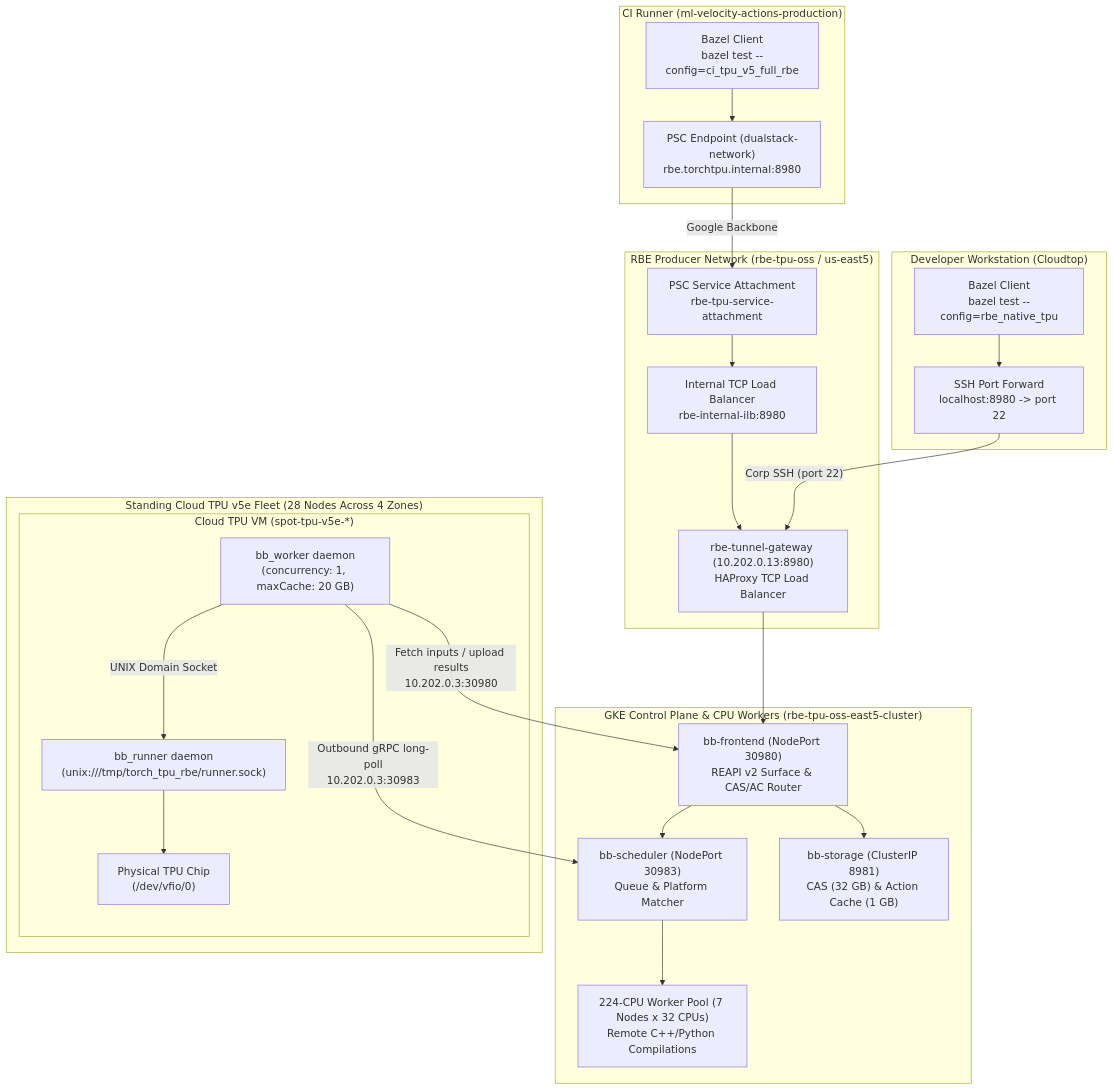
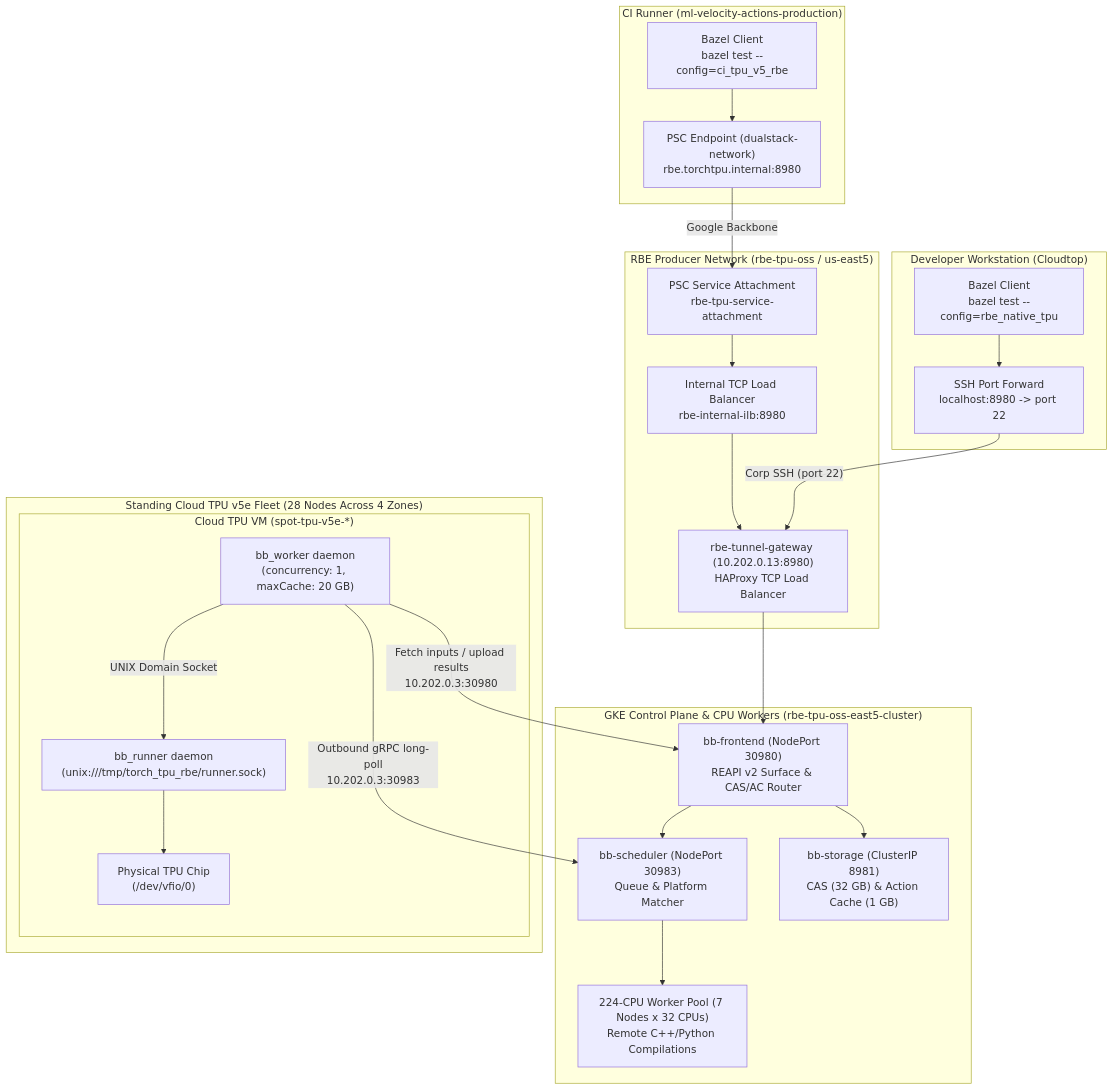
The diagram in docs/NATIVE_RBE_ARCHITECTURE.md (google-pytorch/torch_tpu), drawn with Mermaid before and after one commit. The commit also changed other lines of this file and 3 other files, not shown here.

Commit message:
ci: integrate RBE presubmit into presubmit.yml and rename ci_tpu_v5_rbe

````diff
--- a/docs/NATIVE_RBE_ARCHITECTURE.md
+++ b/docs/NATIVE_RBE_ARCHITECTURE.md
@@ -32,50 +32,50 @@
 ```mermaid
 flowchart TD
     subgraph CIRunner ["CI Runner (ml-velocity-actions-production)"]
-        BazelCI["Bazel Client<br/>bazel test --config=ci_tpu_v5_full_rbe"]
+        BazelCI["Bazel Client<br/>bazel test --config=ci_tpu_v5_rbe"]
         PSCEndpoint["PSC Endpoint (dualstack-network)<br/>rbe.torchtpu.internal:8980"]
         BazelCI --> PSCEndpoint
     end
 
     subgraph DevClient ["Developer Workstation (Cloudtop)"]
         BazelDev["Bazel Client<br/>bazel test --config=rbe_native_tpu"]
         SSHTunnel["SSH Port Forward<br/>localhost:8980 -> port 22"]
         BazelDev --> SSHTunnel
     end
 
     subgraph ProducerVPC ["RBE Producer Network (rbe-tpu-oss / us-east5)"]
         PSCSA["PSC Service Attachment<br/>rbe-tpu-service-attachment"]
         ILB["Internal TCP Load Balancer<br/>rbe-internal-ilb:8980"]
         GW["rbe-tunnel-gateway (10.202.0.13:8980)<br/>HAProxy TCP Load Balancer"]
         
         PSCEndpoint -->|"Google Backbone"| PSCSA
         PSCSA --> ILB
         ILB --> GW
         SSHTunnel -->|"Corp SSH (port 22)"| GW
     end
 
     subgraph ControlPlane ["GKE Control Plane & CPU Workers (rbe-tpu-oss-east5-cluster)"]
         FE["bb-frontend (NodePort 30980)<br/>REAPI v2 Surface & CAS/AC Router"]
         SCHED["bb-scheduler (NodePort 30983)<br/>Queue & Platform Matcher"]
         STOR["bb-storage (ClusterIP 8981)<br/>CAS (32 GB) & Action Cache (1 GB)"]
         CPUWorkers["224-CPU Worker Pool (7 Nodes x 32 CPUs)<br/>Remote C++/Python Compilations"]
 
         GW --> FE
         FE --> SCHED
         FE --> STOR
         SCHED --> CPUWorkers
     end
 
     subgraph Fleet ["Standing Cloud TPU v5e Fleet (28 Nodes Across 4 Zones)"]
         subgraph Node ["Cloud TPU VM (spot-tpu-v5e-*)"]
             Worker["bb_worker daemon<br/>(concurrency: 1, maxCache: 20 GB)"]
             Runner["bb_runner daemon<br/>(unix:///tmp/torch_tpu_rbe/runner.sock)"]
             Hardware["Physical TPU Chip<br/>(/dev/vfio/0)"]
 
             Worker -->|"Outbound gRPC long-poll<br/>10.202.0.3:30983"| SCHED
             Worker -->|"Fetch inputs / upload results<br/>10.202.0.3:30980"| FE
             Worker -->|"UNIX Domain Socket"| Runner
             Runner --> Hardware
         end
     end
 ```
````
